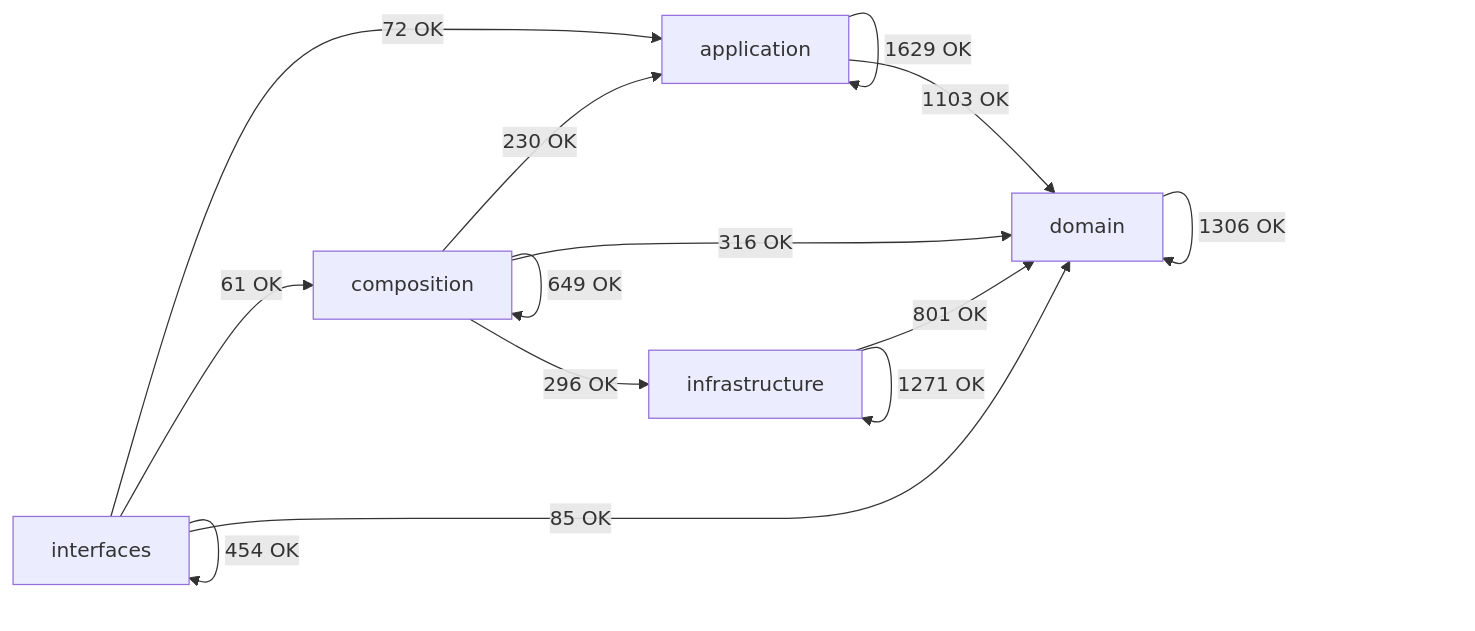
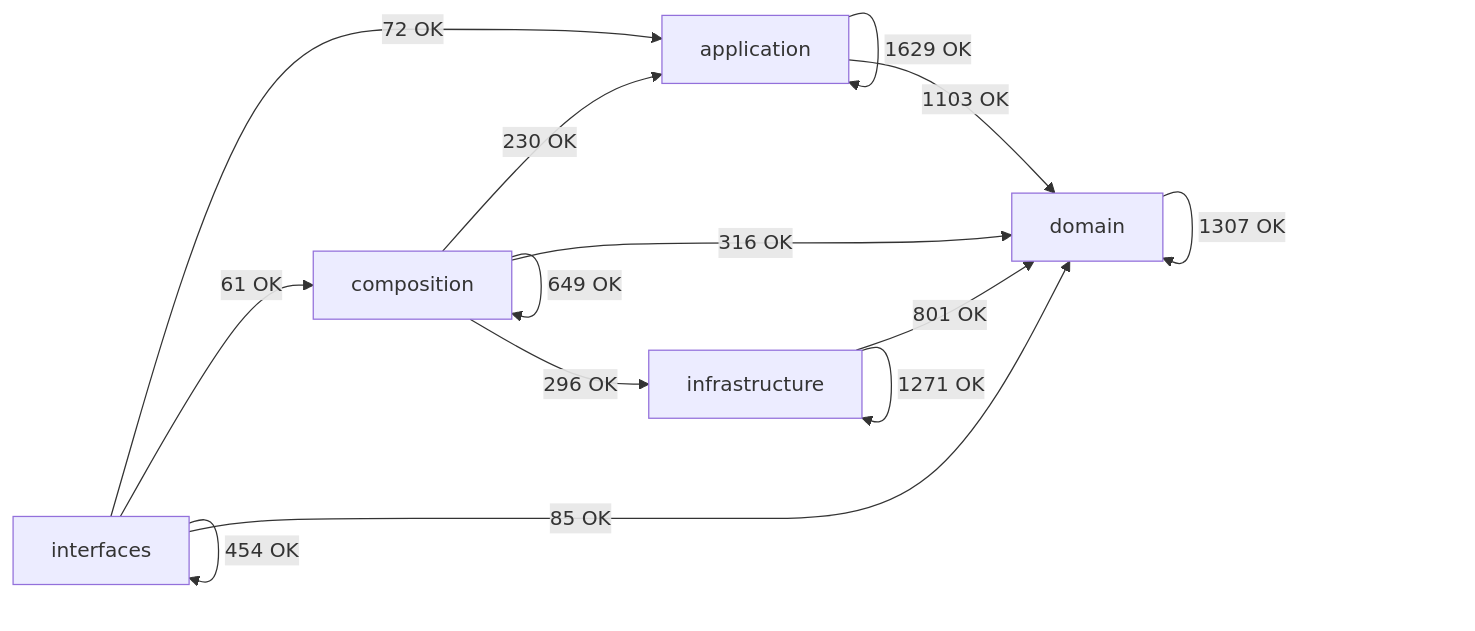
Before and after one commit to SatoryKono/BioactivityDataAcquisition: the diagram in docs/02-architecture/generated/module-dependency-map.md, drawn with Mermaid. The commit also changed other lines of this file and 43 other files, not shown here.

````diff
--- a/docs/02-architecture/generated/module-dependency-map.md
+++ b/docs/02-architecture/generated/module-dependency-map.md
@@ -17,21 +17,21 @@
 ```mermaid
 flowchart LR
     domain[domain]
     application[application]
     infrastructure[infrastructure]
     composition[composition]
     interfaces[interfaces]
     application -->|1629 OK| application
     application -->|1103 OK| domain
     composition -->|230 OK| application
     composition -->|649 OK| composition
     composition -->|316 OK| domain
     composition -->|296 OK| infrastructure
-    domain -->|1306 OK| domain
+    domain -->|1307 OK| domain
     infrastructure -->|801 OK| domain
     infrastructure -->|1271 OK| infrastructure
     interfaces -->|72 OK| application
     interfaces -->|61 OK| composition
     interfaces -->|85 OK| domain
     interfaces -->|454 OK| interfaces
 ```
````
